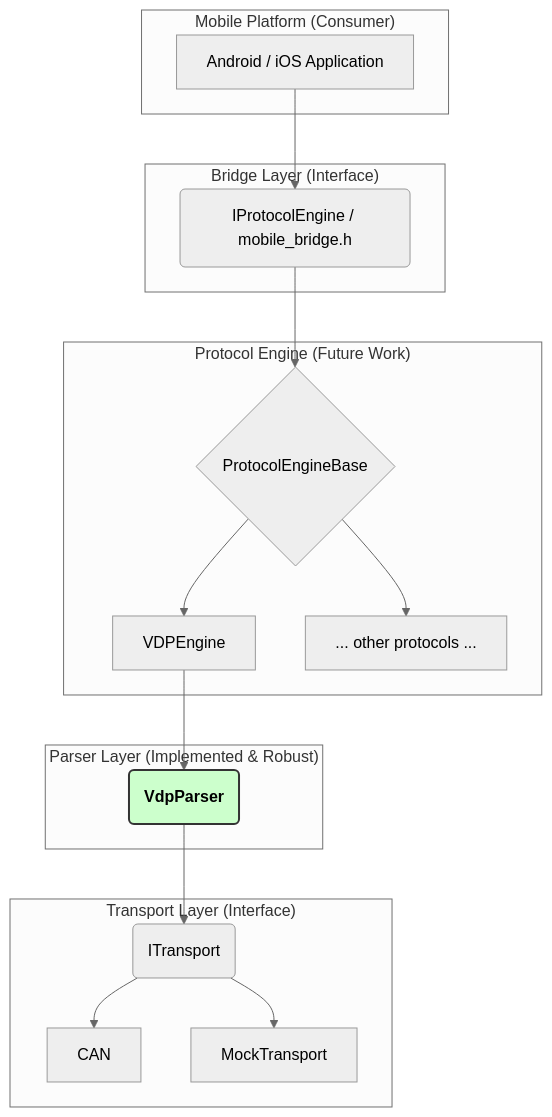
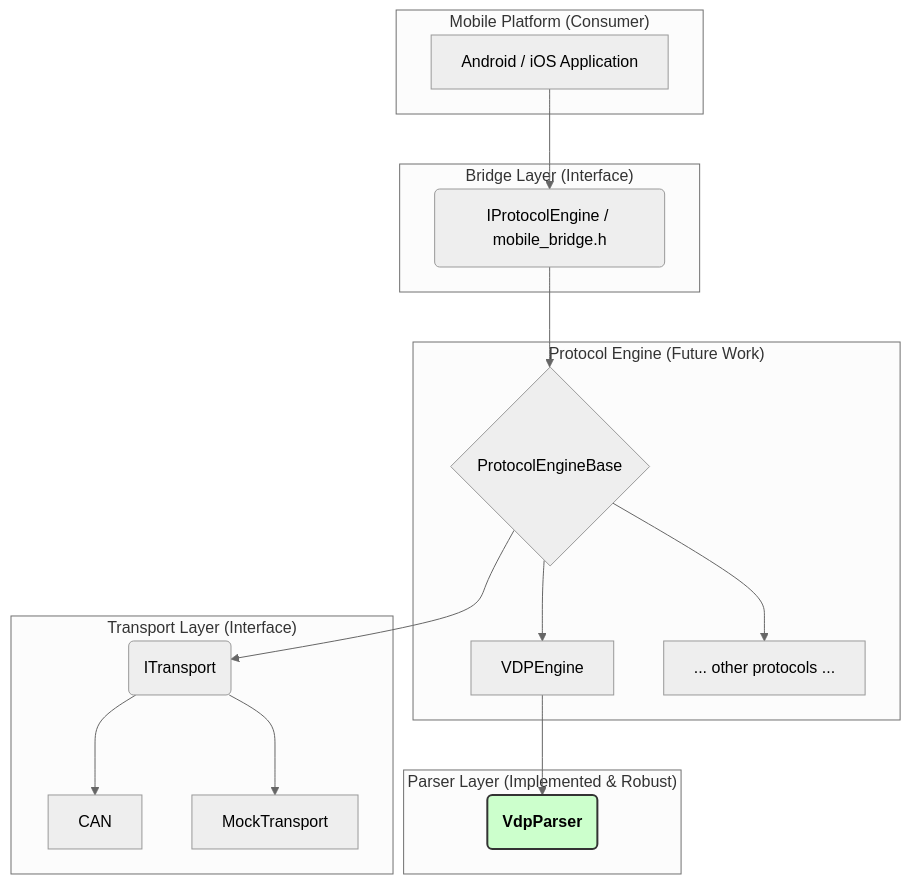
The diagram in ARCHITECTURE.md (shikamaru-ctrl/Vehicle_Diagnostic_Protocol_Parser), drawn with Mermaid (neutral theme) before and after one commit. The commit also changed other lines of this file and 22 other files, not shown here.

````diff
--- a/ARCHITECTURE.md
+++ b/ARCHITECTURE.md
@@ -9,36 +9,36 @@
 ```mermaid
 graph TD
     subgraph "Mobile Platform (Consumer)"
         A[Android / iOS Application]
     end
 
     subgraph "Bridge Layer (Interface)"
         B(IProtocolEngine / mobile_bridge.h)
     end
 
     subgraph "Protocol Engine (Future Work)"
         C{ProtocolEngineBase}
         D[VDPEngine]
         E[... other protocols ...]
         C --> D
         C --> E
     end
 
     subgraph "Parser Layer (Implemented & Robust)"
         F(VdpParser)
     end
 
     subgraph "Transport Layer (Interface)"
         G(ITransport)
         H[CAN]
         J[MockTransport]
         G --> H & J
     end
 
     A --> B
     B --> C
+    C --> G
     D --> F
-    F --> G
 
     style F fill:#cfc,stroke:#333,stroke-width:2px,font-weight:bold
 ```
````
